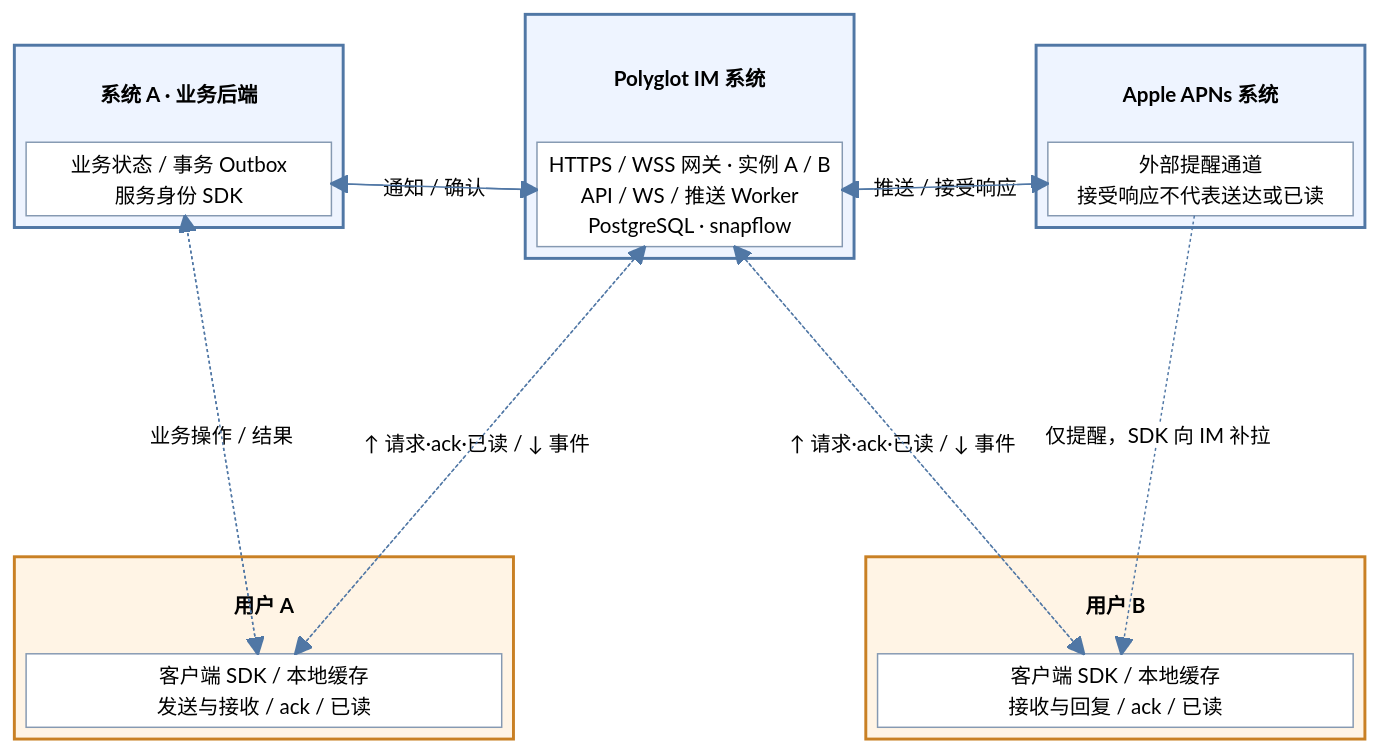
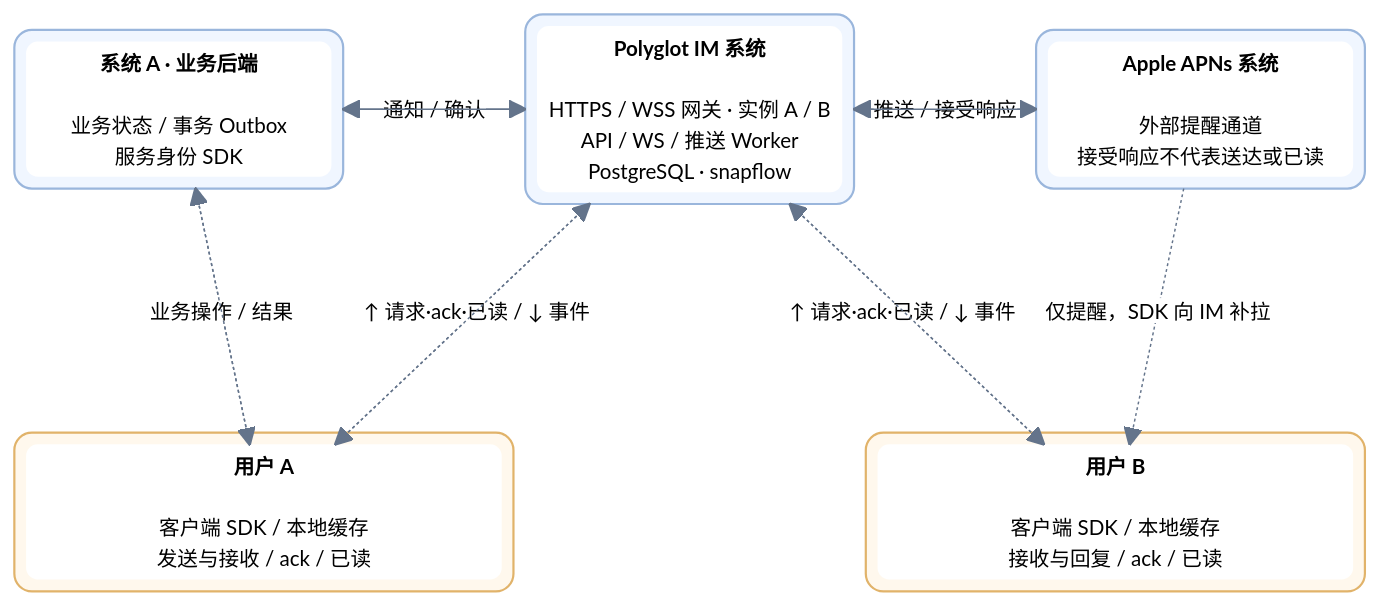
Before and after one commit to bitlap/polyglot-im: the first of 3 diagrams in docs/architecture.md, drawn with Mermaid. The commit also changed other lines of this file and 8 other files, not shown here.

Commit message:
docs: 美化 Mermaid 图并统一直角折线

````diff
--- a/docs/architecture.md
+++ b/docs/architecture.md
@@ -7,54 +7,47 @@
 ```mermaid
-%%{init: {"theme": "base", "themeVariables": {"fontSize": "14px", "primaryColor": "#ffffff", "primaryBorderColor": "#8599b2", "primaryTextColor": "#24364b", "lineColor": "#5077a5"}, "themeCSS": ".edge-pattern-dotted { stroke: #c47a1c !important; stroke-width: 2px !important; stroke-dasharray: 4 8 !important; } .edge-pattern-solid { stroke: #5077a5 !important; }"}}%%
+%%{init: {"theme":"base","flowchart":{"curve":"stepBefore"},"themeVariables":{"fontSize":"14px","primaryColor":"#ffffff","primaryBorderColor":"#cbd5e1","primaryTextColor":"#1e293b","lineColor":"#64748b","edgeLabelBackground":"#ffffff"},"themeCSS":".edge-pattern-dotted { stroke: #d68a26 !important; stroke-width: 1.6px !important; stroke-dasharray: 5 7 !important; } .edge-pattern-solid { stroke: #64748b !important; stroke-width: 1.6px !important; } .edgeLabel rect { fill: #ffffff !important; opacity: 1 !important; rx: 5; ry: 5; } .block rect { rx: 10; ry: 10; }"}}%%
 block-beta
   columns 8
   block:Business:2
     columns 1
-    BusinessTitle["系统 A · 业务后端"]
-    SA["业务状态 / 事务 Outbox<br/>服务身份 SDK"]
+    SA["<b>系统 A · 业务后端</b><br/><br/>业务状态 / 事务 Outbox<br/>服务身份 SDK"]
   end
   space
   block:IM:2
     columns 1
-    IMTitle["Polyglot IM 系统"]
-    API["HTTPS / WSS 网关 · 实例 A / B<br/>API / WS / 推送 Worker<br/>PostgreSQL · snapflow"]
+    API["<b>Polyglot IM 系统</b><br/><br/>HTTPS / WSS 网关 · 实例 A / B<br/>API / WS / 推送 Worker<br/>PostgreSQL · snapflow"]
   end
   space
   block:Apple:2
     columns 1
-    AppleTitle["Apple APNs 系统"]
-    APNS["外部提醒通道<br/>接受响应不代表送达或已读"]
+    APNS["<b>Apple APNs 系统</b><br/><br/>外部提醒通道<br/>接受响应不代表送达或已读"]
   end
   space:8
   block:Alice:3
     columns 1
-    AliceTitle["用户 A"]
-    UA["客户端 SDK / 本地缓存<br/>发送与接收 / ack / 已读"]
+    UA["<b>用户 A</b><br/><br/>客户端 SDK / 本地缓存<br/>发送与接收 / ack / 已读"]
   end
   space:2
   block:Bob:3
     columns 1
-    BobTitle["用户 B"]
-    UB["客户端 SDK / 本地缓存<br/>接收与回复 / ack / 已读"]
+    UB["<b>用户 B</b><br/><br/>客户端 SDK / 本地缓存<br/>接收与回复 / ack / 已读"]
   end
-  SA -- "通知 / 确认" --> API
-  API --> SA
-  API -- "推送 / 接受响应" --> APNS
-  APNS --> API
-  API -. "↑ 请求·ack·已读 / ↓ 事件" .-> UA
-  UA -.-> API
-  API -. "↑ 请求·ack·已读 / ↓ 事件" .-> UB
-  UB -.-> API
-  SA -. "业务操作 / 结果" .-> UA
-  UA -.-> SA
-  APNS -. "仅提醒，SDK 向 IM 补拉" .-> UB
-  style Business fill:#eef4ff,stroke:#5077a5,stroke-width:2px
-  style IM fill:#eef4ff,stroke:#5077a5,stroke-width:2px
-  style Apple fill:#eef4ff,stroke:#5077a5,stroke-width:2px
-  style Alice fill:#fff4e5,stroke:#c98024,stroke-width:2px
-  style Bob fill:#fff4e5,stroke:#c98024,stroke-width:2px
-  classDef title fill:none,stroke:none,font-weight:bold
-  class BusinessTitle,IMTitle,AppleTitle,AliceTitle,BobTitle title
-  classDef component fill:#fff,stroke:#8599b2
+  Business -- "通知 / 确认" --> IM
+  IM --> Business
+  IM -- "推送 / 接受响应" --> Apple
+  Apple --> IM
+  IM -. "↑ 请求·ack·已读 / ↓ 事件" .-> UA
+  UA -.-> IM
+  IM -. "↑ 请求·ack·已读 / ↓ 事件" .-> UB
+  UB -.-> IM
+  Business -. "业务操作 / 结果" .-> UA
+  UA -.-> Business
+  Apple -. "仅提醒，SDK 向 IM 补拉" .-> UB
+  style Business fill:#f0f6ff,stroke:#9ab6dc,stroke-width:1.5px,rx:12,ry:12
+  style IM fill:#f0f6ff,stroke:#9ab6dc,stroke-width:1.5px,rx:12,ry:12
+  style Apple fill:#f0f6ff,stroke:#9ab6dc,stroke-width:1.5px,rx:12,ry:12
+  style Alice fill:#fff8ed,stroke:#e1b36a,stroke-width:1.5px,rx:12,ry:12
+  style Bob fill:#fff8ed,stroke:#e1b36a,stroke-width:1.5px,rx:12,ry:12
+  classDef component fill:#ffffff,stroke:none,color:#475569,rx:8,ry:8
   class SA,API,APNS,UA,UB component
 ```
````
